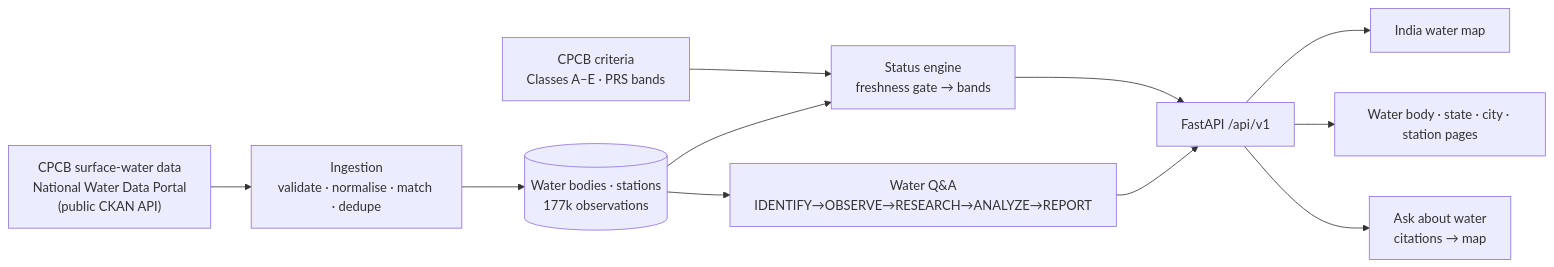
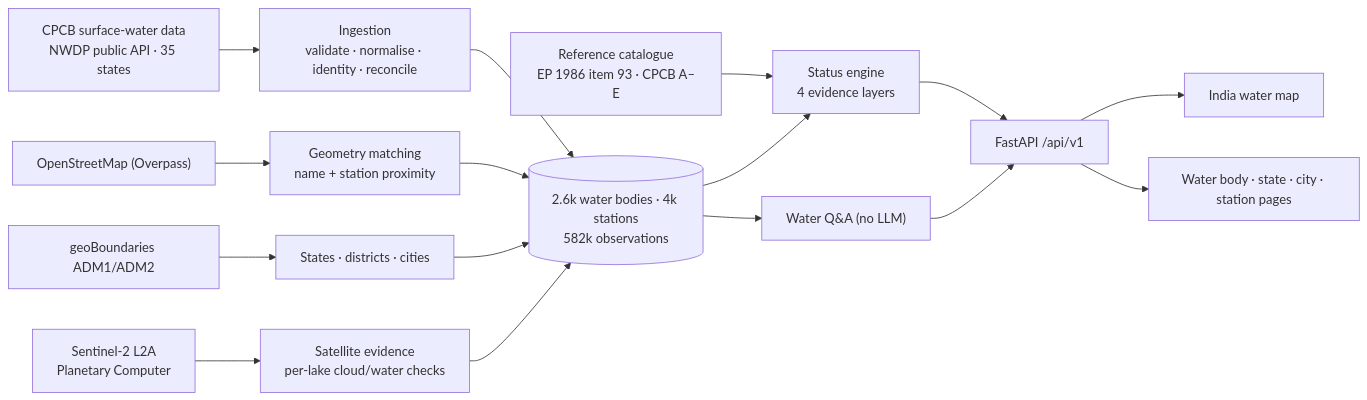
Before and after one commit to shaileshpawar-dev/ocean-intelligence-platform: the first of 3 diagrams in README.md, drawn with Mermaid. The commit also changed other lines of this file and 11 other files, not shown here.

````diff
--- a/README.md
+++ b/README.md
@@ -61,13 +62,16 @@
 ```mermaid
 flowchart LR
-    SRC["CPCB surface-water data<br/>National Water Data Portal<br/>(public CKAN API)"] --> ING["Ingestion<br/>validate · normalise · match · dedupe"]
-    ING --> DB[("Water bodies · stations<br/>177k observations")]
-    STD["CPCB criteria<br/>Classes A–E · PRS bands"] --> ENG["Status engine<br/>freshness gate → bands"]
-    DB --> ENG
-    ENG --> API["FastAPI /api/v1"]
-    DB --> QA["Water Q&A<br/>IDENTIFY→OBSERVE→RESEARCH→ANALYZE→REPORT"]
-    QA --> API
+    SRC["CPCB surface-water data<br/>NWDP public API · 35 states"] --> ING["Ingestion<br/>validate · normalise · identity · reconcile"]
+    ING --> DB[("2.6k water bodies · 4k stations<br/>582k observations")]
+    OSM["OpenStreetMap (Overpass)"] --> GEO["Geometry matching<br/>name + station proximity"]
+    GB["geoBoundaries ADM1/ADM2"] --> BND["States · districts · cities"]
+    S2["Sentinel-2 L2A<br/>Planetary Computer"] --> SAT["Satellite evidence<br/>per-lake cloud/water checks"]
+    STD["Reference catalogue<br/>EP 1986 item 93 · CPCB A–E"] --> ENG["Status engine<br/>4 evidence layers"]
+    GEO --> DB
+    BND --> DB
+    SAT --> DB
+    DB --> ENG --> API["FastAPI /api/v1"]
+    DB --> QA["Water Q&A (no LLM)"] --> API
     API --> MAP["India water map"]
     API --> PAGES["Water body · state · city · station pages"]
-    API --> AI["Ask about water<br/>citations → map"]
 ```
````
